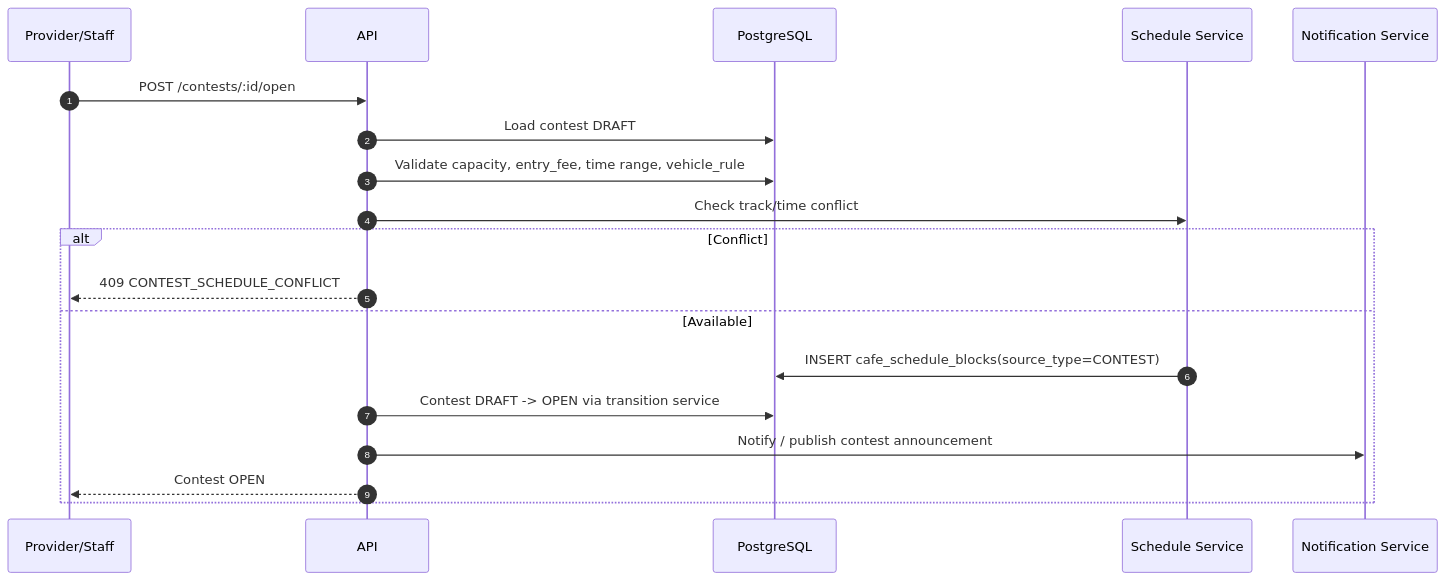
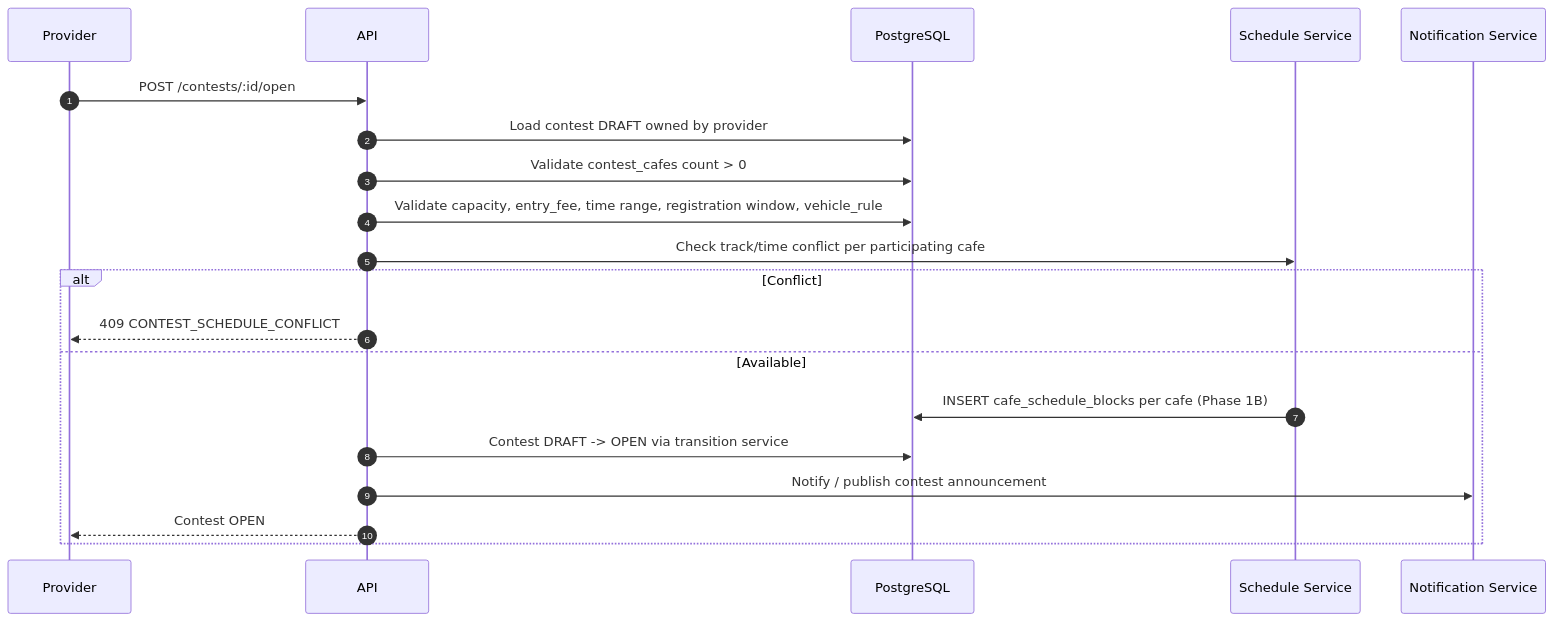
One commit to RCField-SEP490/rcfield-spec changed the second of 11 diagrams in docs/diagrams/sequence/sequence-flow-contest-lifecycle.md. Above: the diagram before and after it, drawn with Mermaid. The commit also changed other lines of this file and 6 other files, not shown here.

Commit message:
docs: update contest multi-branch flow

````diff
--- a/docs/diagrams/sequence/sequence-flow-contest-lifecycle.md
+++ b/docs/diagrams/sequence/sequence-flow-contest-lifecycle.md
@@ -60,22 +66,23 @@
 ```mermaid
 sequenceDiagram
     autonumber
-    participant P as Provider/Staff
+    participant P as Provider
     participant API as API
     participant DB as PostgreSQL
     participant S as Schedule Service
     participant N as Notification Service
 
     P->>API: POST /contests/:id/open
-    API->>DB: Load contest DRAFT
-    API->>DB: Validate capacity, entry_fee, time range, vehicle_rule
-    API->>S: Check track/time conflict
+    API->>DB: Load contest DRAFT owned by provider
+    API->>DB: Validate contest_cafes count > 0
+    API->>DB: Validate capacity, entry_fee, time range, registration window, vehicle_rule
+    API->>S: Check track/time conflict per participating cafe
     alt Conflict
         API-->>P: 409 CONTEST_SCHEDULE_CONFLICT
     else Available
-        S->>DB: INSERT cafe_schedule_blocks(source_type=CONTEST)
+        S->>DB: INSERT cafe_schedule_blocks per cafe (Phase 1B)
         API->>DB: Contest DRAFT -> OPEN via transition service
         API->>N: Notify / publish contest announcement
         API-->>P: Contest OPEN
     end
 ```
````
